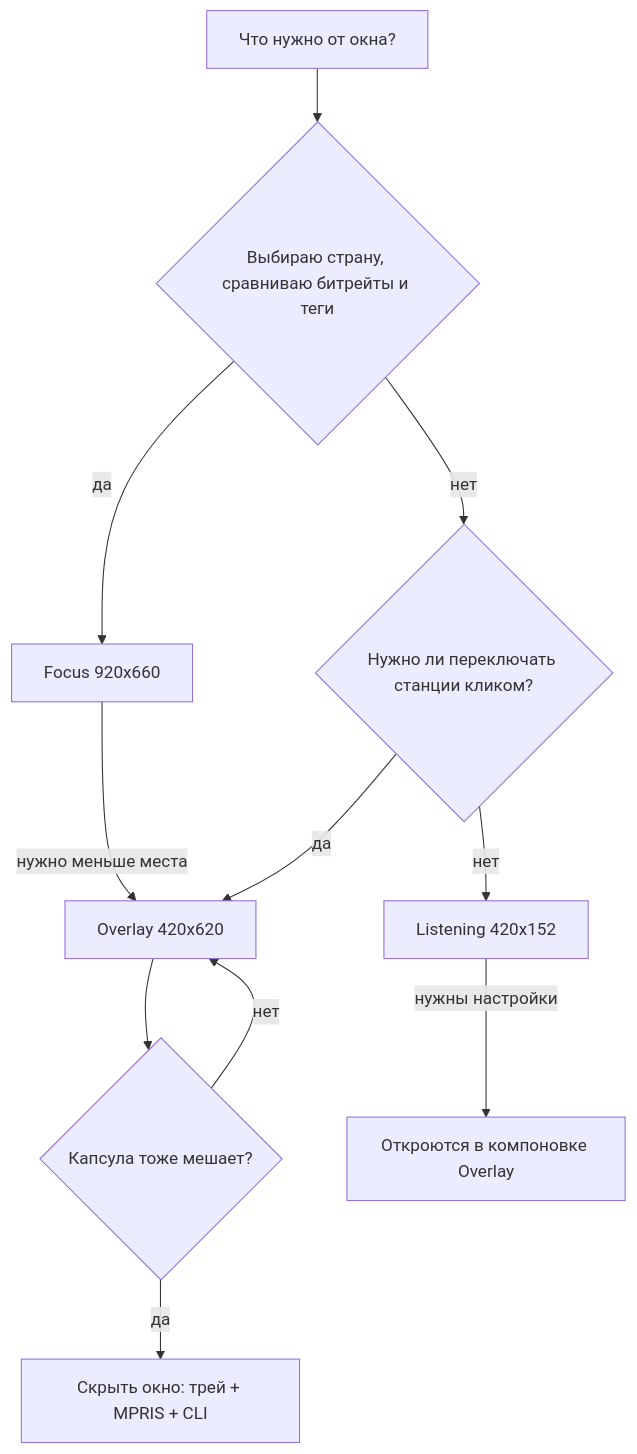
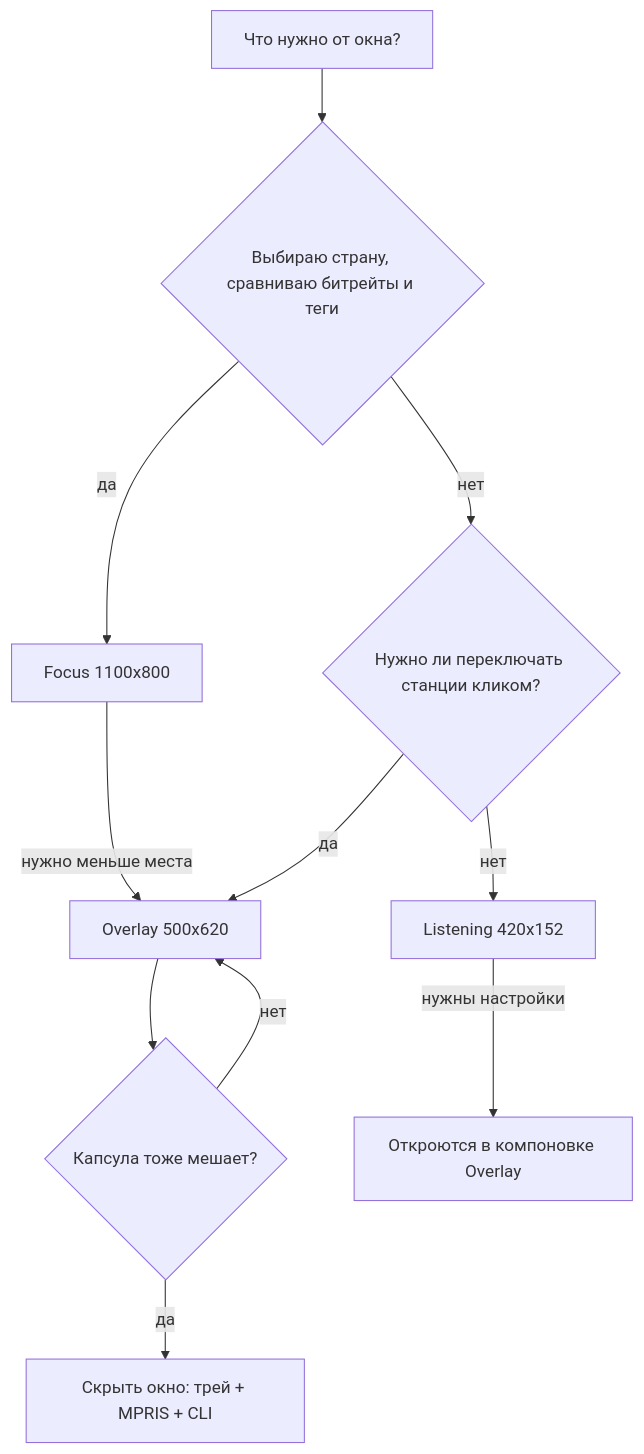
Before and after one commit to ModernByte/orbitfm: the diagram in docs/wiki/08-Варианты-использования.md, drawn with Mermaid. The commit also changed other lines of this file and 64 other files, not shown here.

````diff
--- a/docs/wiki/08-Варианты-использования.md
+++ b/docs/wiki/08-Варианты-использования.md
@@ -144,13 +144,13 @@
 ```mermaid
 flowchart TD
     A["Что нужно от окна?"] --> B{"Выбираю страну, сравниваю битрейты и теги"}
-    B -- "да" --> F["Focus 920x660"]
+    B -- "да" --> F["Focus 1100x800"]
     B -- "нет" --> C{"Нужно ли переключать станции кликом?"}
-    C -- "да" --> O["Overlay 420x620"]
+    C -- "да" --> O["Overlay 500x620"]
     C -- "нет" --> L["Listening 420x152"]
     O --> D{"Капсула тоже мешает?"}
     D -- "да" --> T["Скрыть окно: трей + MPRIS + CLI"]
     D -- "нет" --> O
     F -- "нужно меньше места" --> O
     L -- "нужны настройки" --> N["Откроются в компоновке Overlay"]
 ```
````
